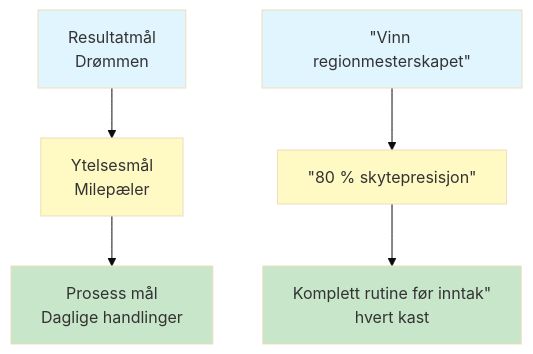
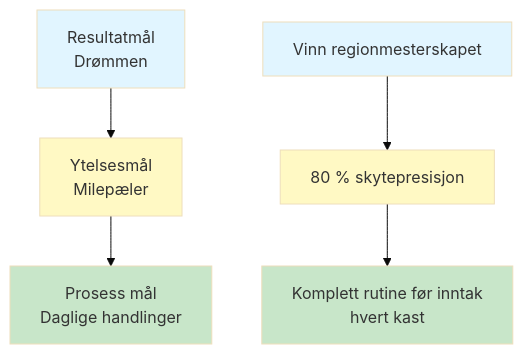
One commit to patwii/petanque-academy changed the diagram in docs/no/education/goals/index.md. Above: the diagram before and after it, drawn with Mermaid (base theme). The commit also changed 8 other files, not shown here.

````diff
--- a/docs/no/education/goals/index.md
+++ b/docs/no/education/goals/index.md
@@ -42,15 +42,15 @@
 ```mermaid
 graph TD
     A[Resultatmål <br/> Drømmen] --> B[Ytelsesmål <br/> Milepæler]
     B --> C[Prosess mål <br/> Daglige handlinger]
 
-    A2[&quot;Vinn regionmesterskapet&quot;] --> B2[&quot;80 % skytepresisjon&quot;]
-    B2 --> C2[&quot;Komplett rutine før inntak&quot; <br/> hvert kast&quot;]
+    A2["Vinn regionmesterskapet"] --> B2["80 % skytepresisjon"]
+    B2 --> C2["Komplett rutine før inntak<br/>hvert kast"]
 
     style A fill:#e1f5ff
     style B fill:#fff9c4
     style C fill:#c8e6c9
     style A2 fill:#e1f5ff
     style B2 fill:#fff9c4
     style C2 fill:#c8e6c9
 ```
````
